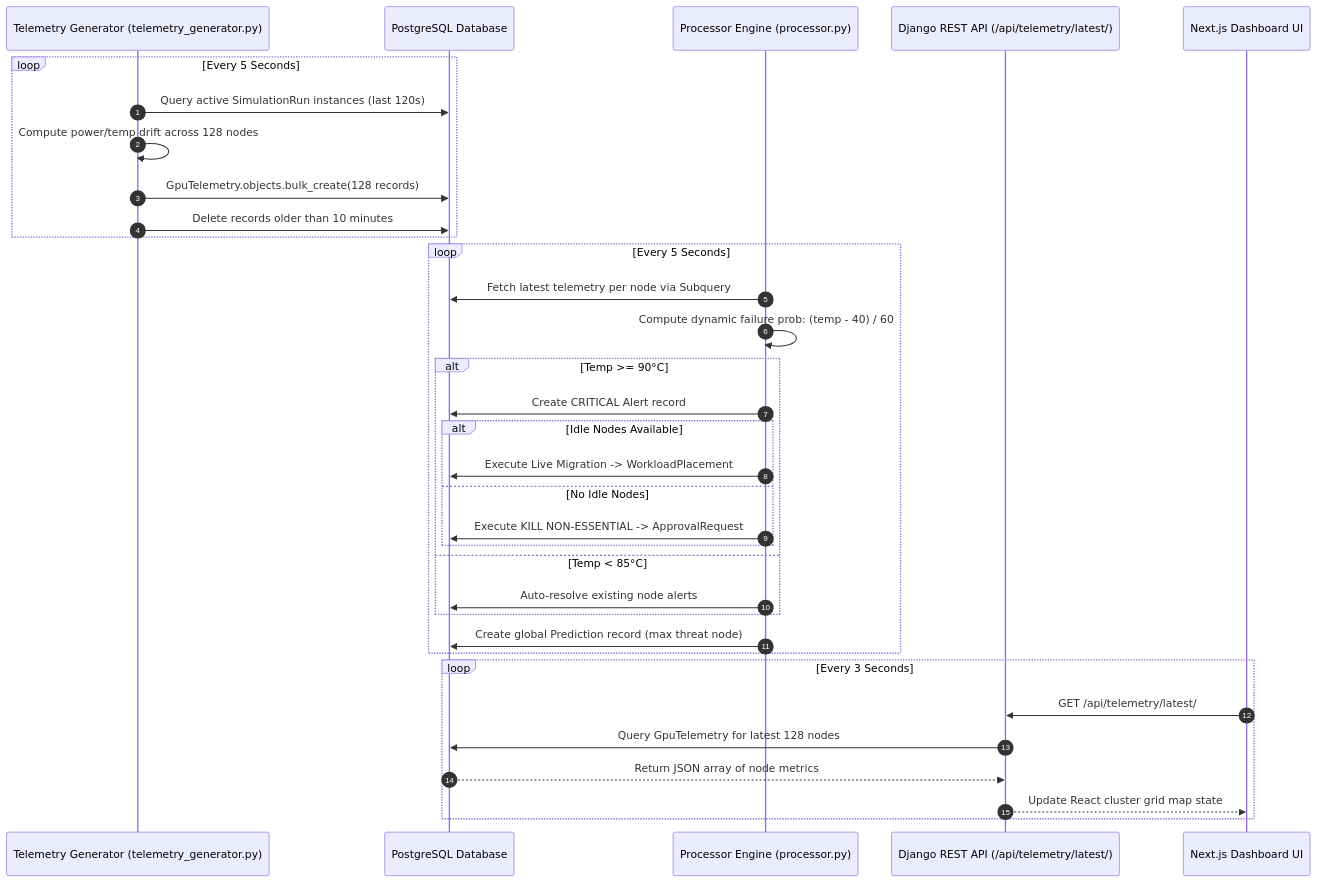
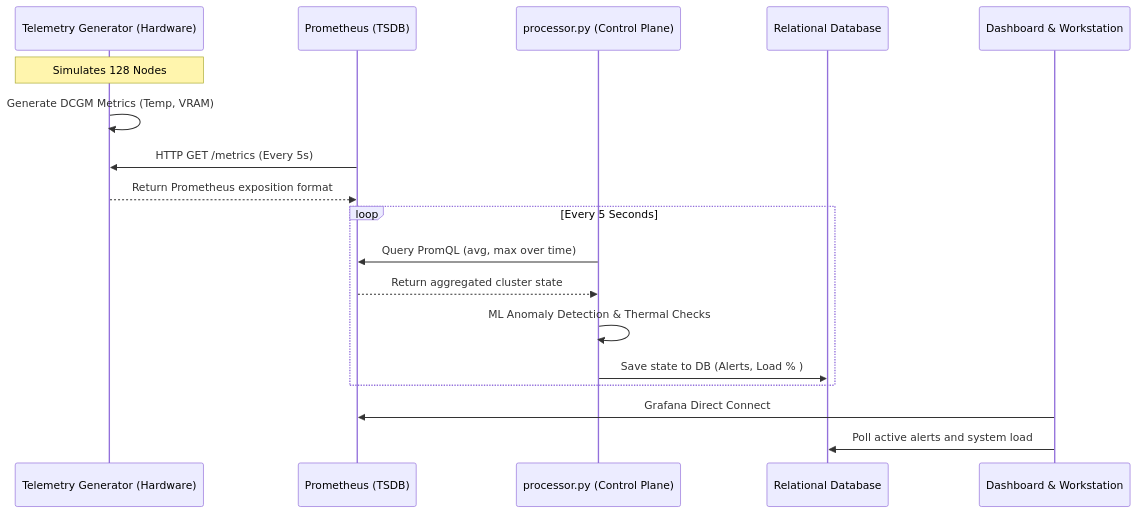
The first of 2 diagrams in DOCS/architecture/data-flow.md (Eashanoppo/ai-cluster), drawn with Mermaid before and after one commit. The commit also changed other lines of this file and 55 other files, not shown here.

````diff
--- a/DOCS/architecture/data-flow.md
+++ b/DOCS/architecture/data-flow.md
@@ -14,39 +7,23 @@
 ```mermaid
 sequenceDiagram
-    autonumber
-    participant TG as Telemetry Generator (telemetry_generator.py)
-    participant DB as PostgreSQL Database
-    participant DP as Processor Engine (processor.py)
-    participant API as Django REST API (/api/telemetry/latest/)
-    participant UI as Next.js Dashboard UI
+    participant HW as Telemetry Generator (Hardware)
+    participant Prom as Prometheus (TSDB)
+    participant CP as processor.py (Control Plane)
+    participant DB as Relational Database
+    participant UI as Dashboard & Workstation
 
+    Note over HW: Simulates 128 Nodes
+    HW->>HW: Generate DCGM Metrics (Temp, VRAM)
+    Prom->>HW: HTTP GET /metrics (Every 5s)
+    HW-->>Prom: Return Prometheus exposition format
+    
     loop Every 5 Seconds
-        TG->>DB: Query active SimulationRun instances (last 120s)
-        TG->>TG: Compute power/temp drift across 128 nodes
-        TG->>DB: GpuTelemetry.objects.bulk_create(128 records)
-        TG->>DB: Delete records older than 10 minutes
+        CP->>Prom: Query PromQL (avg, max over time)
+        Prom-->>CP: Return aggregated cluster state
+        CP->>CP: ML Anomaly Detection & Thermal Checks
+        CP->>DB: Save state to DB (Alerts, Load % )
     end
-
-    loop Every 5 Seconds
-        DP->>DB: Fetch latest telemetry per node via Subquery
-        DP->>DP: Compute dynamic failure prob: (temp - 40) / 60
-        alt Temp >= 90°C
-            DP->>DB: Create CRITICAL Alert record
-            alt Idle Nodes Available
-                DP->>DB: Execute Live Migration -> WorkloadPlacement
-            else No Idle Nodes
-                DP->>DB: Execute KILL NON-ESSENTIAL -> ApprovalRequest
-            end
-        else Temp < 85°C
-            DP->>DB: Auto-resolve existing node alerts
-        end
-        DP->>DB: Create global Prediction record (max threat node)
-    end
-
-    loop Every 3 Seconds
-        UI->>API: GET /api/telemetry/latest/
-        API->>DB: Query GpuTelemetry for latest 128 nodes
-        DB-->>API: Return JSON array of node metrics
-        API-->>UI: Update React cluster grid map state
-    end
+    
+    UI->>Prom: Grafana Direct Connect
+    UI->>DB: Poll active alerts and system load
 ```
````
